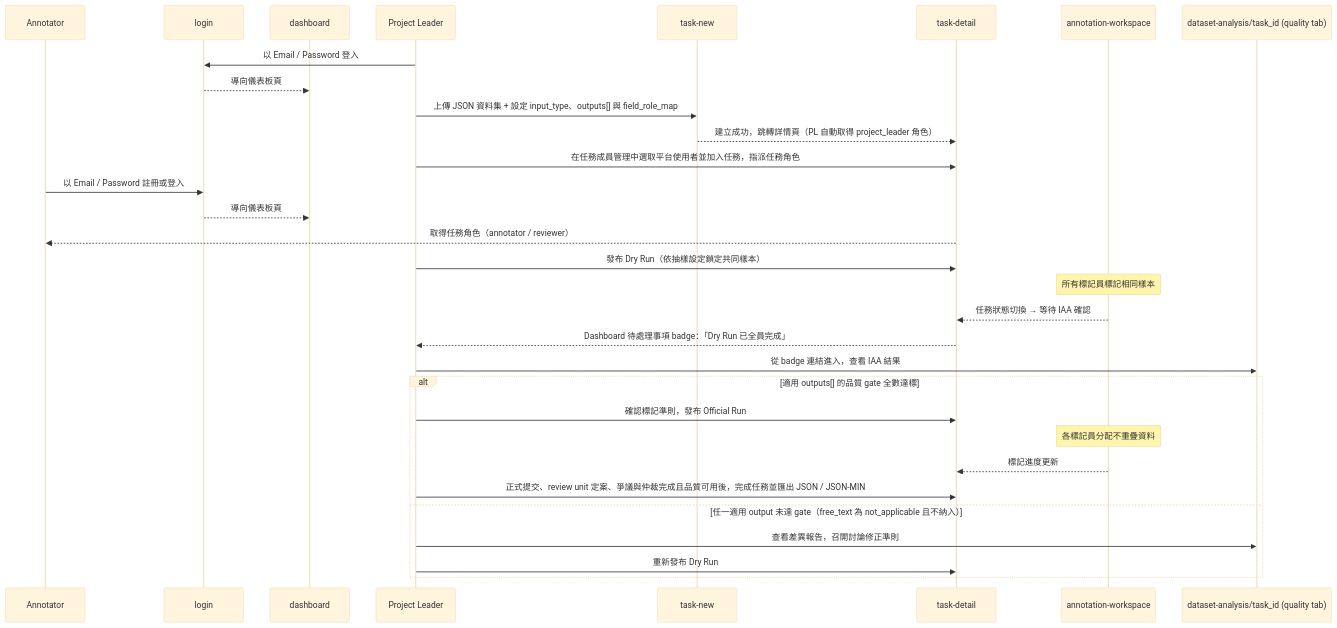
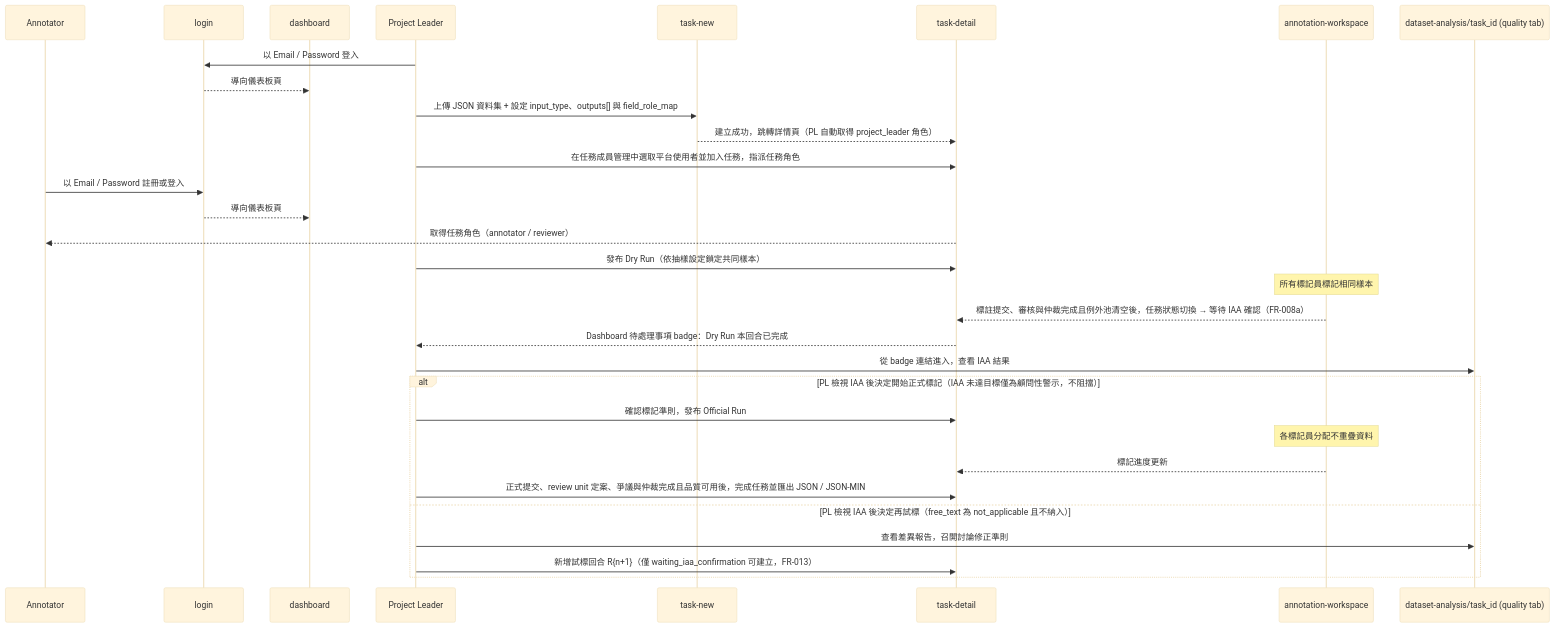
Before and after one commit to singyichen/label-suite: the second of 5 diagrams in docs/product/ia/information-architecture.md, drawn with Mermaid (base theme). The commit also changed other lines of this file and 3 other files, not shown here.

First line of the commit message:
docs(product): align dry-run completion wording with 014 FR-008a/FR-013 (issue #1155)

````diff
--- a/docs/product/ia/information-architecture.md
+++ b/docs/product/ia/information-architecture.md
@@ -506,34 +506,34 @@
 ```mermaid
 sequenceDiagram
   participant AN as Annotator
   participant LOGIN as login
   participant DASHBOARD as dashboard
   participant PL as Project Leader
   participant TN as task-new
   participant TD as task-detail
   participant AW as annotation-workspace
   participant DQ as dataset-analysis/task_id (quality tab)
 
   PL->>LOGIN: 以 Email / Password 登入
   LOGIN-->>DASHBOARD: 導向儀表板頁
   PL->>TN: 上傳 JSON 資料集 + 設定 input_type、outputs[] 與 field_role_map
   TN-->>TD: 建立成功，跳轉詳情頁（PL 自動取得 project_leader 角色）
   PL->>TD: 在任務成員管理中選取平台使用者並加入任務，指派任務角色
   AN->>LOGIN: 以 Email / Password 註冊或登入
   LOGIN-->>DASHBOARD: 導向儀表板頁
   TD-->>AN: 取得任務角色（annotator / reviewer）
   PL->>TD: 發布 Dry Run（依抽樣設定鎖定共同樣本）
   Note over AW: 所有標記員標記相同樣本
-  AW-->>TD: 任務狀態切換 → 等待 IAA 確認
-  TD-->>PL: Dashboard 待處理事項 badge：「Dry Run 已全員完成」
+  AW-->>TD: 標註提交、審核與仲裁完成且例外池清空後，任務狀態切換 → 等待 IAA 確認（FR-008a）
+  TD-->>PL: Dashboard 待處理事項 badge：Dry Run 本回合已完成
   PL->>DQ: 從 badge 連結進入，查看 IAA 結果
-  alt 適用 outputs[] 的品質 gate 全數達標
+  alt PL 檢視 IAA 後決定開始正式標記（IAA 未達目標僅為顧問性警示，不阻擋）
     PL->>TD: 確認標記準則，發布 Official Run
     Note over AW: 各標記員分配不重疊資料
     AW-->>TD: 標記進度更新
     PL->>TD: 正式提交、review unit 定案、爭議與仲裁完成且品質可用後，完成任務並匯出 JSON / JSON-MIN
-  else 任一適用 output 未達 gate（free_text 為 not_applicable 且不納入）
+  else PL 檢視 IAA 後決定再試標（free_text 為 not_applicable 且不納入）
     PL->>DQ: 查看差異報告，召開討論修正準則
-    PL->>TD: 重新發布 Dry Run
+    PL->>TD: 新增試標回合 R{n+1}（僅 waiting_iaa_confirmation 可建立，FR-013）
   end
 ```
````
